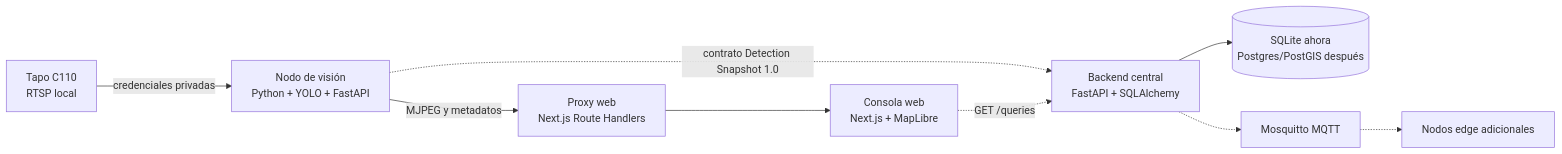
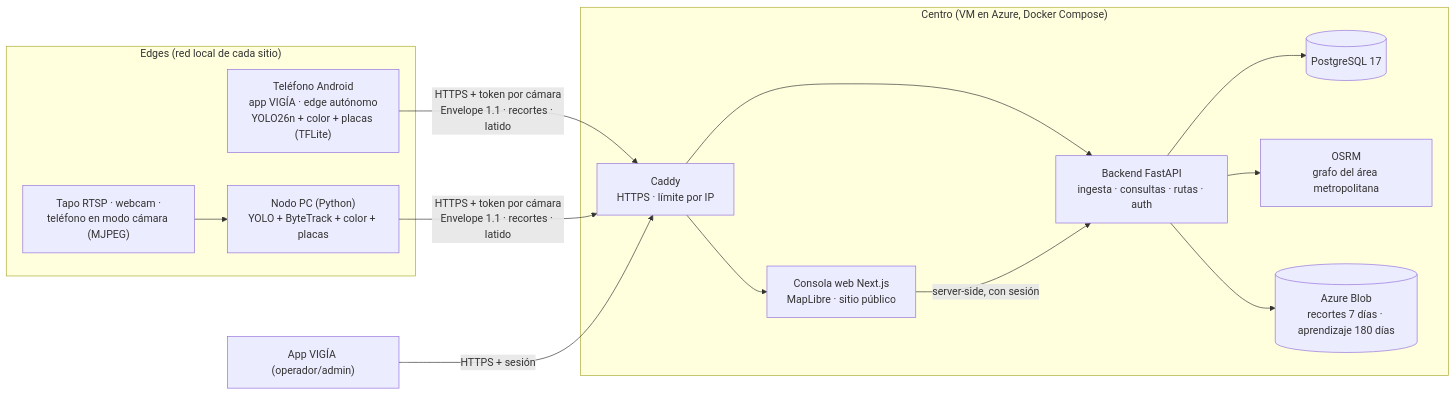
Before and after one commit to cfvizcaino/py_vigia: the diagram in docs/architecture/overview.md, drawn with Mermaid. The commit also changed other lines of this file and 11 other files, not shown here.

````diff
--- a/docs/architecture/overview.md
+++ b/docs/architecture/overview.md
@@ -7,11 +9,19 @@
 ```mermaid
 flowchart LR
-    C["Tapo C110\nRTSP local"] -->|"credenciales privadas"| V["Nodo de visión\nPython + YOLO + FastAPI"]
-    V -->|"MJPEG y metadatos"| P["Proxy web\nNext.js Route Handlers"]
-    P --> W["Consola web\nNext.js + MapLibre"]
-    V -.->|"contrato Detection Snapshot 1.0"| B["Backend central\nFastAPI + SQLAlchemy"]
-    W -.->|"GET /queries"| B
-    B --> D[("SQLite ahora\nPostgres/PostGIS después")]
-    B -.-> M["Mosquitto MQTT"]
-    M -.-> E["Nodos edge adicionales"]
+    subgraph Edge["Edges (red local de cada sitio)"]
+        T["Teléfono Android<br/>app VIGÍA · edge autónomo<br/>YOLO26n + color + placas (TFLite)"]
+        PC["Nodo PC (Python)<br/>YOLO + ByteTrack + color + placas"]
+        CAM["Tapo RTSP · webcam ·<br/>teléfono en modo cámara (MJPEG)"] --> PC
+    end
+    T -->|"HTTPS + token por cámara<br/>Envelope 1.1 · recortes · latido"| C
+    PC -->|"HTTPS + token por cámara<br/>Envelope 1.1 · recortes · latido"| C
+    subgraph Azure["Centro (VM en Azure, Docker Compose)"]
+        C["Caddy<br/>HTTPS · límite por IP"] --> B["Backend FastAPI<br/>ingesta · consultas · rutas · auth"]
+        C --> W["Consola web Next.js<br/>MapLibre · sitio público"]
+        W -->|"server-side, con sesión"| B
+        B --> DB[("PostgreSQL 17")]
+        B --> O["OSRM<br/>grafo del área metropolitana"]
+        B --> BL[("Azure Blob<br/>recortes 7 días · aprendizaje 180 días")]
+    end
+    APP["App VIGÍA (operador/admin)"] -->|"HTTPS + sesión"| C
 ```
````
